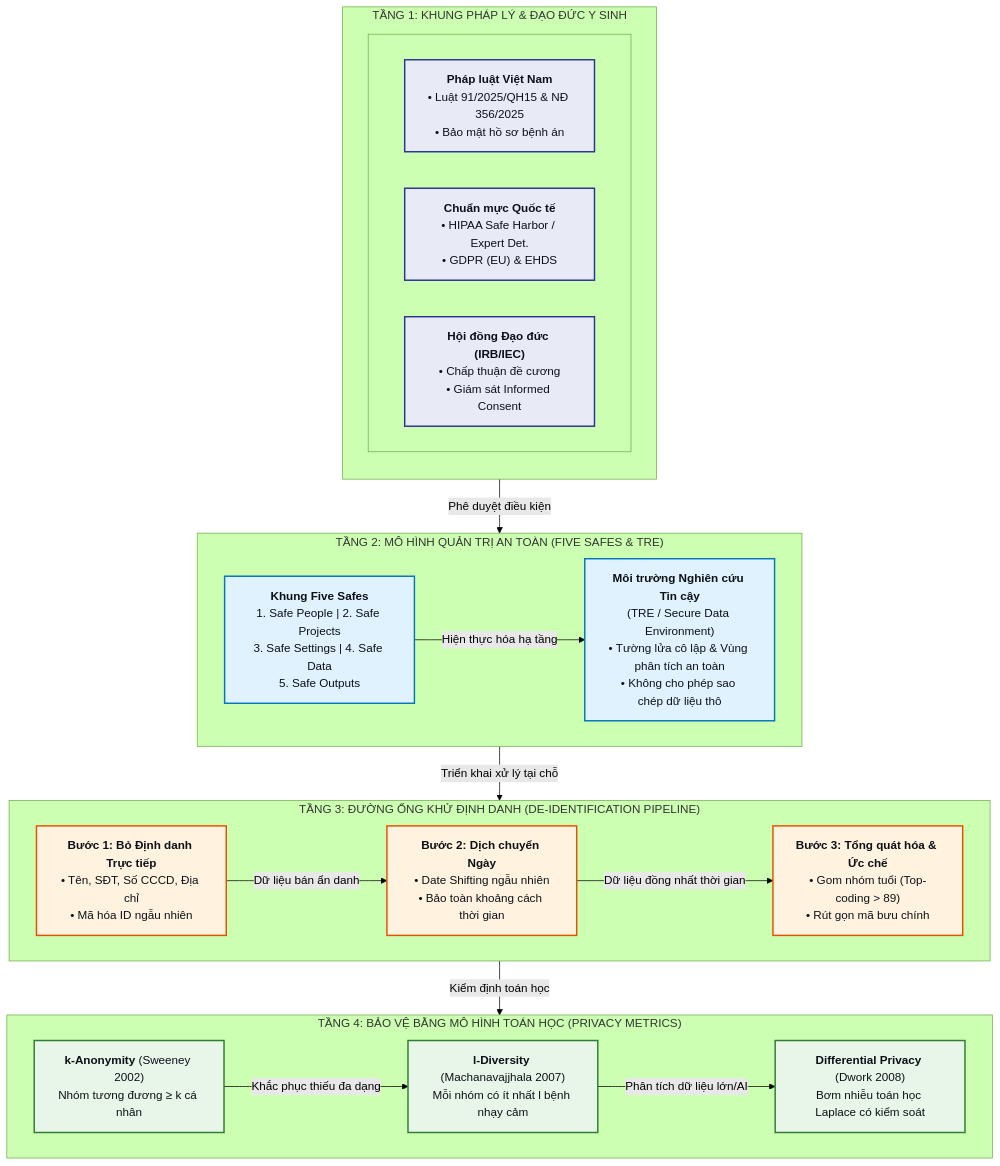
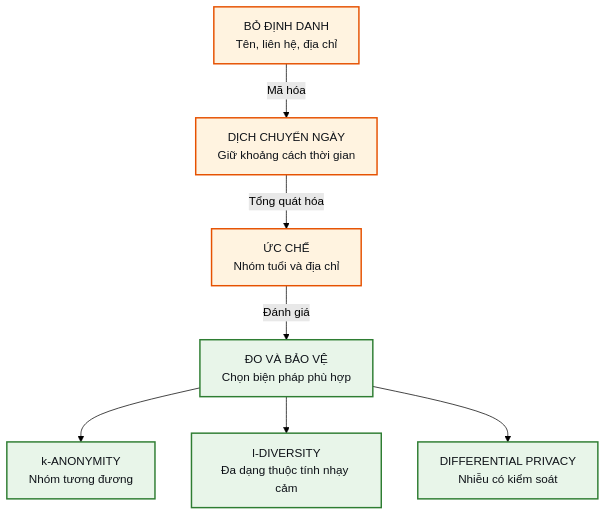
One commit to fossbk-spec/biomedical-rdm changed the second of 2 diagrams in docs/chapters/ch05_privacy_and_deidentification.md. Above: the diagram before and after it, drawn with Mermaid (forest theme). The commit also changed other lines of this file and 8 other files, not shown here.

Commit message:
docs: redesign Mermaid diagrams (no HTML, neutral labels, split oversized figures), merge diagram guide, scan Mermaid in volatile check

````diff
--- a/docs/chapters/ch05_privacy_and_deidentification.md
+++ b/docs/chapters/ch05_privacy_and_deidentification.md
@@ -33,67 +53,18 @@
 ```mermaid
 flowchart TD
-    %% ==========================================
-    %% TẦNG 1: KHUNG PHÁP LÝ & ĐẠO ĐỨC
-    %% ==========================================
-    subgraph LAW["TẦNG 1: KHUNG PHÁP LÝ & ĐẠO ĐỨC Y SINH"]
-        direction TB
-        subgraph LAW_CORES[" "]
-            direction LR
-            VN["<b>Pháp luật Việt Nam</b><br/>• Luật 91/2025/QH15 & NĐ 356/2025<br/>• Bảo mật hồ sơ bệnh án"]
-            INT["<b>Chuẩn mực Quốc tế</b><br/>• HIPAA Safe Harbor / Expert Det.<br/>• GDPR (EU) & EHDS"]
-            IRB["<b>Hội đồng Đạo đức (IRB/IEC)</b><br/>• Chấp thuận đề cương<br/>• Giám sát Informed Consent"]
-        end
-    end
+    STEP1["BỎ ĐỊNH DANH<br/>Tên, liên hệ, địa chỉ"] -->|"Mã hóa"| STEP2["DỊCH CHUYỂN NGÀY<br/>Giữ khoảng cách thời gian"]
+    STEP2 -->|"Tổng quát hóa"| STEP3["ỨC CHẾ<br/>Nhóm tuổi và địa chỉ"]
+    STEP3 -->|"Đánh giá"| METRIC["ĐO VÀ BẢO VỆ<br/>Chọn biện pháp phù hợp"]
+    METRIC --> KANON["k-ANONYMITY<br/>Nhóm tương đương"]
+    METRIC --> LDIV["l-DIVERSITY<br/>Đa dạng thuộc tính nhạy cảm"]
+    METRIC --> DIFF["DIFFERENTIAL PRIVACY<br/>Nhiễu có kiểm soát"]
 
-    %% ==========================================
-    %% TẦNG 2: MÔ HÌNH QUẢN TRỊ AN TOÀN
-    %% ==========================================
-    subgraph ARCH["TẦNG 2: MÔ HÌNH QUẢN TRỊ AN TOÀN (FIVE SAFES & TRE)"]
-        direction LR
-        FS["<b>Khung Five Safes</b><br/>1. Safe People | 2. Safe Projects<br/>3. Safe Settings | 4. Safe Data<br/>5. Safe Outputs"]
-        TRE["<b>Môi trường Nghiên cứu Tin cậy</b><br/>(TRE / Secure Data Environment)<br/>• Tường lửa cô lập & Vùng phân tích an toàn<br/>• Không cho phép sao chép dữ liệu thô"]
-        FS -->|"Hiện thực hóa hạ tầng"| TRE
-    end
-
-    %% ==========================================
-    %% TẦNG 3: PIPELINE KHỬ ĐỊNH DANH
-    %% ==========================================
-    subgraph TECH["TẦNG 3: ĐƯỜNG ỐNG KHỬ ĐỊNH DANH (DE-IDENTIFICATION PIPELINE)"]
-        direction LR
-        STEP1["<b>Bước 1: Bỏ Định danh Trực tiếp</b><br/>• Tên, SĐT, Số CCCD, Địa chỉ<br/>• Mã hóa ID ngẫu nhiên"]
-        STEP2["<b>Bước 2: Dịch chuyển Ngày</b><br/>• Date Shifting ngẫu nhiên<br/>• Bảo toàn khoảng cách thời gian"]
-        STEP3["<b>Bước 3: Tổng quát hóa & Ức chế</b><br/>• Gom nhóm tuổi (Top-coding > 89)<br/>• Rút gọn mã bưu chính"]
-        
-        STEP1 -->|"Dữ liệu bán ẩn danh"| STEP2
-        STEP2 -->|"Dữ liệu đồng nhất thời gian"| STEP3
-    end
-
-    %% ==========================================
-    %% TẦNG 4: BẢO VỆ TOÁN HỌC
-    %% ==========================================
-    subgraph MATH["TẦNG 4: BẢO VỆ BẰNG MÔ HÌNH TOÁN HỌC (PRIVACY METRICS)"]
-        direction LR
-        KANON["<b>k-Anonymity</b> (Sweeney 2002)<br/>Nhóm tương đương ≥ k cá nhân"]
-        LDIV["<b>l-Diversity</b> (Machanavajjhala 2007)<br/>Mỗi nhóm có ít nhất l bệnh nhạy cảm"]
-        DIFF["<b>Differential Privacy</b> (Dwork 2008)<br/>Bơm nhiễu toán học Laplace có kiểm soát"]
-        
-        KANON -->|"Khắc phục thiếu đa dạng"| LDIV
-        LDIV -->|"Phân tích dữ liệu lớn/AI"| DIFF
-    end
-
-    %% LIÊN KẾT NODE-TO-NODE CHUẨN XÁC
-    IRB -->|"Phê duyệt điều kiện"| FS
-    TRE -->|"Triển khai xử lý tại chỗ"| STEP1
-    STEP3 -->|"Kiểm định toán học"| KANON
-
-    %% MÀU SẮC ĐỘ TƯƠNG PHẢN CAO CHO DARK/LIGHT MODE
     classDef lawStyle fill:#E8EAF6,stroke:#283593,stroke-width:2px,color:#0D1117;
     classDef archStyle fill:#E0F2FE,stroke:#0277BD,stroke-width:2px,color:#0D1117;
     classDef techStyle fill:#FFF3E0,stroke:#E65100,stroke-width:2px,color:#0D1117;
     classDef mathStyle fill:#E8F5E9,stroke:#2E7D32,stroke-width:2px,color:#0D1117;
+    classDef warnStyle fill:#FFEBEE,stroke:#C62828,stroke-width:2px,color:#0D1117;
 
-    class VN,INT,IRB lawStyle;
-    class FS,TRE archStyle;
     class STEP1,STEP2,STEP3 techStyle;
-    class KANON,LDIV,DIFF mathStyle;
+    class METRIC,KANON,LDIV,DIFF mathStyle;
 ```
````
